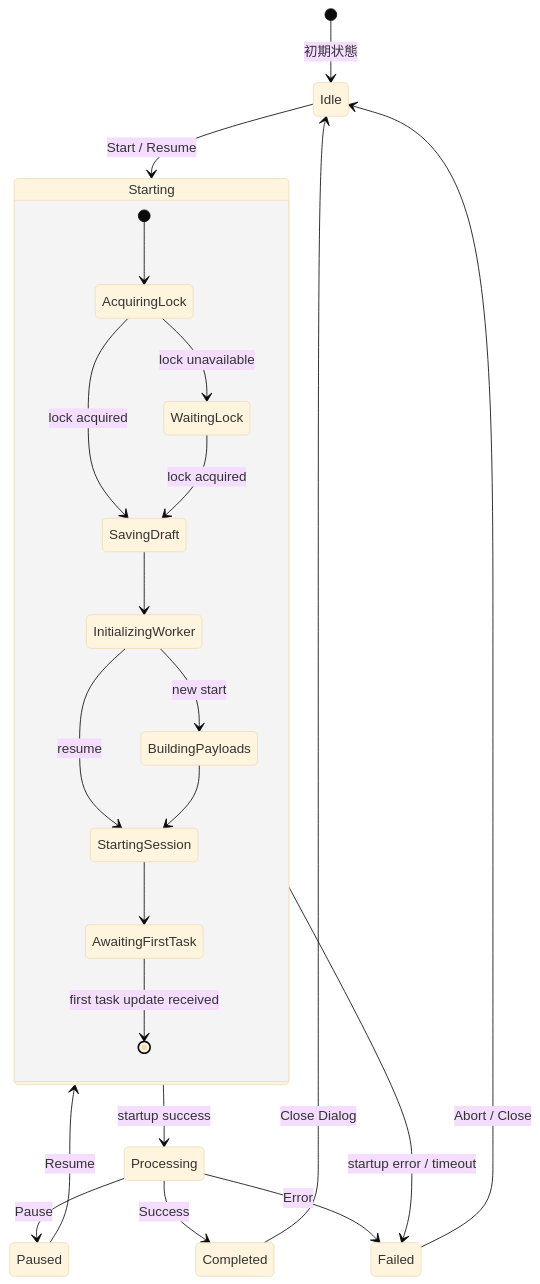
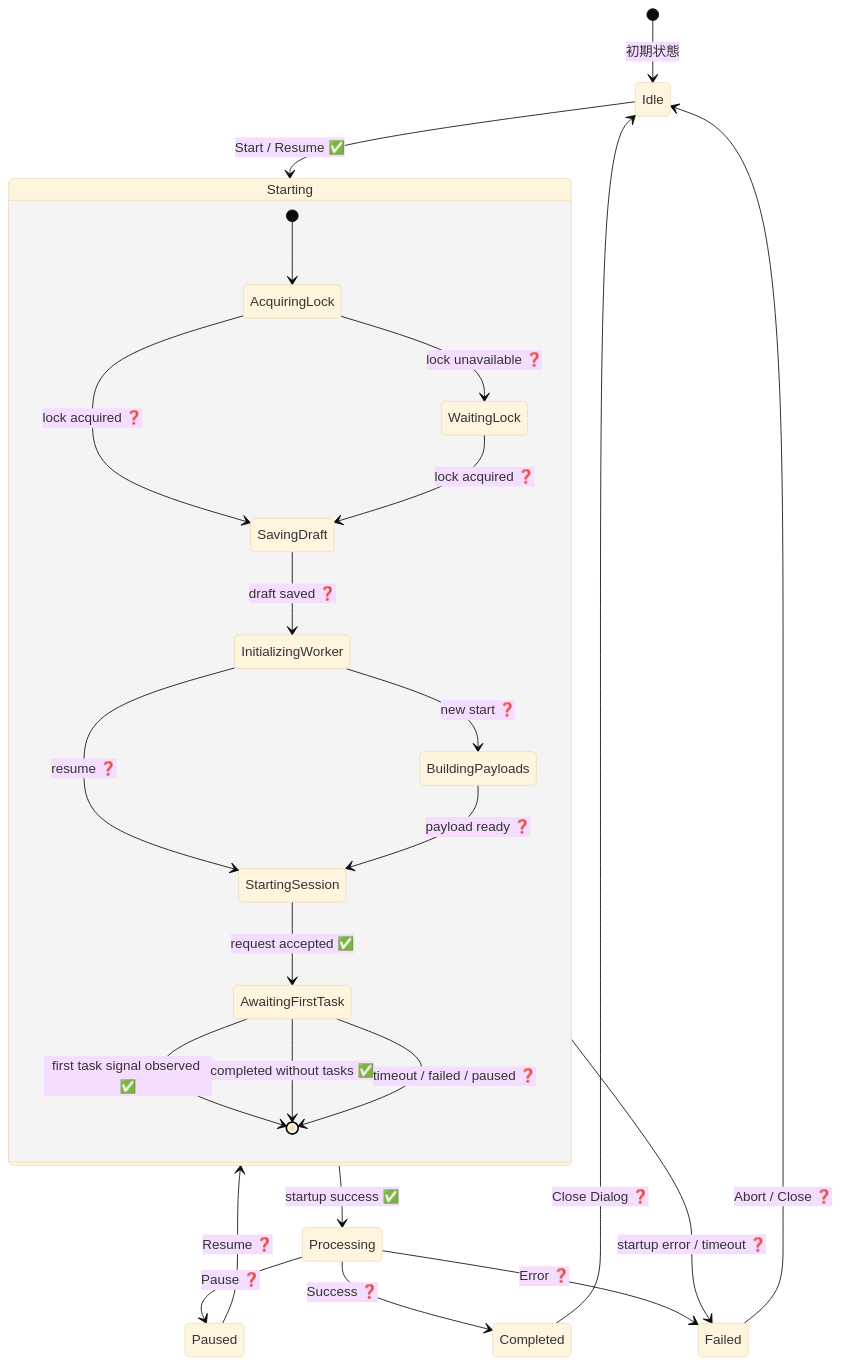
Before and after one commit to kubohiroya/hierarchidb: the first of 2 diagrams in plugins/shape-plugin/docs/DIALOG_FLOW_AND_STATE_TRANSITIONS.md, drawn with Mermaid (base theme). The commit also changed other lines of this file and 20 other files, not shown here.

First line of the commit message:
fix(shape-plugin): stabilize build-session startup orchestration

````diff
--- a/plugins/shape-plugin/docs/DIALOG_FLOW_AND_STATE_TRANSITIONS.md
+++ b/plugins/shape-plugin/docs/DIALOG_FLOW_AND_STATE_TRANSITIONS.md
@@ -38,27 +43,29 @@
 ```mermaid
 stateDiagram-v2
     [*] --> Idle: 初期状態
-    Idle --> Starting: Start / Resume
+    Idle --> Starting: Start / Resume ✅
 
     state Starting {
         [*] --> AcquiringLock
-        AcquiringLock --> WaitingLock: lock unavailable
-        AcquiringLock --> SavingDraft: lock acquired
-        WaitingLock --> SavingDraft: lock acquired
-        SavingDraft --> InitializingWorker
-        InitializingWorker --> BuildingPayloads: new start
-        InitializingWorker --> StartingSession: resume
-        BuildingPayloads --> StartingSession
-        StartingSession --> AwaitingFirstTask
-        AwaitingFirstTask --> [*]: first task update received
+        AcquiringLock --> WaitingLock: lock unavailable ❓
+        AcquiringLock --> SavingDraft: lock acquired ❓
+        WaitingLock --> SavingDraft: lock acquired ❓
+        SavingDraft --> InitializingWorker: draft saved ❓
+        InitializingWorker --> BuildingPayloads: new start ❓
+        InitializingWorker --> StartingSession: resume ❓
+        BuildingPayloads --> StartingSession: payload ready ❓
+        StartingSession --> AwaitingFirstTask: request accepted ✅
+        AwaitingFirstTask --> [*]: first task signal observed ✅
+        AwaitingFirstTask --> [*]: completed without tasks ✅
+        AwaitingFirstTask --> [*]: timeout / failed / paused ❓
     }
 
-    Starting --> Processing: startup success
-    Starting --> Failed: startup error / timeout
-    Processing --> Paused: Pause
-    Paused --> Starting: Resume
-    Processing --> Completed: Success
-    Processing --> Failed: Error
-    Completed --> Idle: Close Dialog
-    Failed --> Idle: Abort / Close
+    Starting --> Processing: startup success ✅
+    Starting --> Failed: startup error / timeout ❓
+    Processing --> Paused: Pause ❓
+    Paused --> Starting: Resume ❓
+    Processing --> Completed: Success ❓
+    Processing --> Failed: Error ❓
+    Completed --> Idle: Close Dialog ❓
+    Failed --> Idle: Abort / Close ❓
 ```
````
